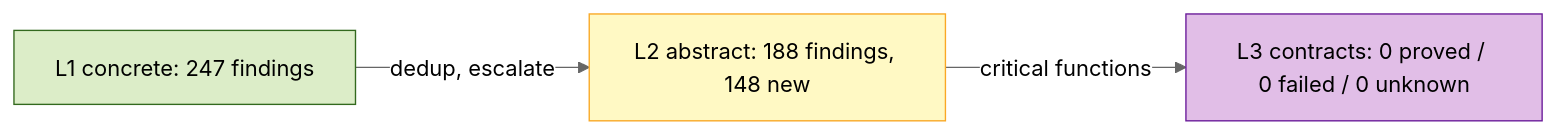
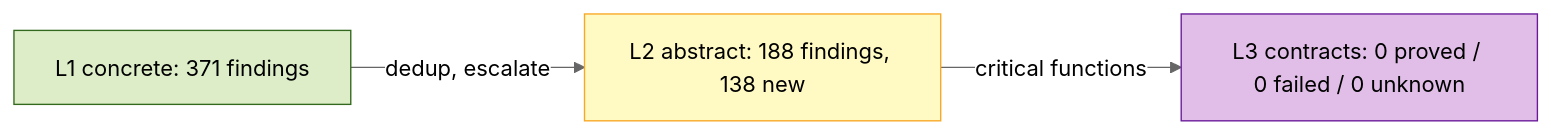
The first of 9 diagrams in reports/riantr_moonbit_static_analysis@latest_0.5.4.md (riantr/LunaFlow), drawn with Mermaid (neutral theme) before and after one commit. The commit also changed other lines of this file and 51 other files, not shown here.

````diff
--- a/reports/riantr_moonbit_static_analysis@latest_0.5.4.md
+++ b/reports/riantr_moonbit_static_analysis@latest_0.5.4.md
@@ -48,11 +73,11 @@
 ```mermaid
 flowchart LR
   classDef l1 fill:#dcedc8,stroke:#33691e
   classDef l2 fill:#fff9c4,stroke:#f9a825
   classDef l3 fill:#e1bee7,stroke:#6a1b9a
-  L1["L1 concrete: 247 findings"]:::l1
-  L2["L2 abstract: 188 findings, 148 new"]:::l2
+  L1["L1 concrete: 371 findings"]:::l1
+  L2["L2 abstract: 188 findings, 138 new"]:::l2
   L3["L3 contracts: 0 proved / 0 failed / 0 unknown"]:::l3
   L1 -->|"dedup, escalate"| L2
   L2 -->|"critical functions"| L3
 ```
````
